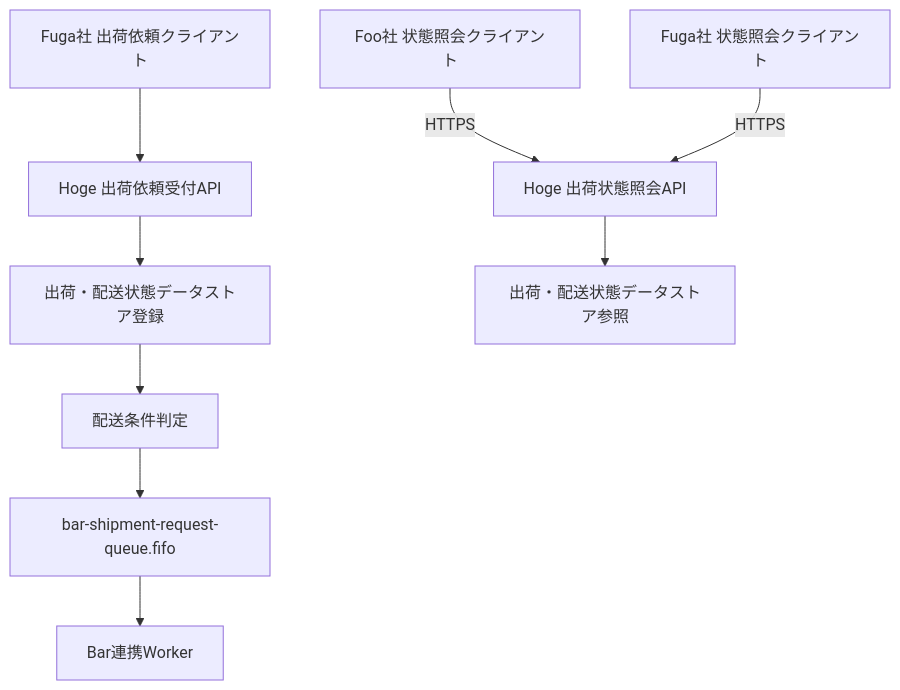
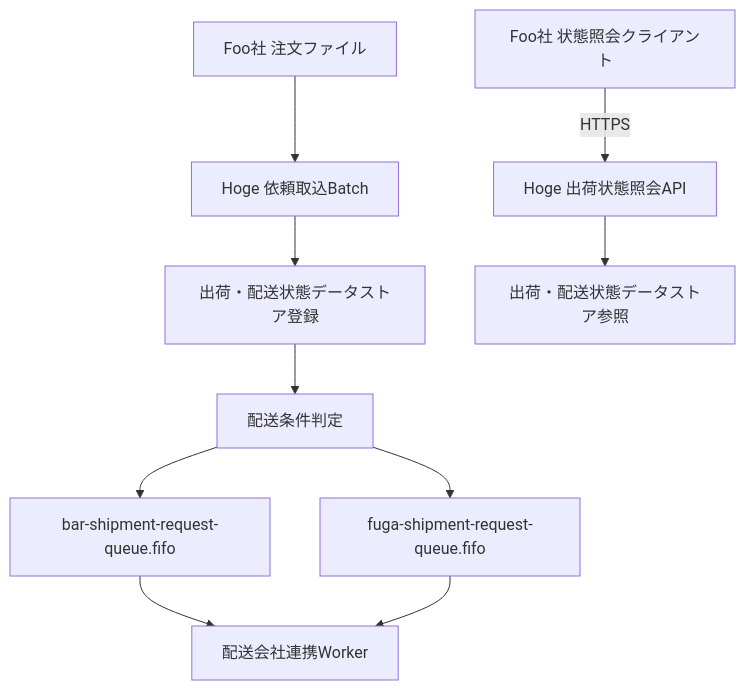
The third of 3 diagrams in docs/共通資料/システム間連携図.md (CalorieMateEater/training-project-logistics-company), drawn with Mermaid before and after one commit. The commit also changed other lines of this file and 235 other files, not shown here.

````diff
--- a/docs/共通資料/システム間連携図.md
+++ b/docs/共通資料/システム間連携図.md
@@ -210,11 +210,12 @@
 ```mermaid
 flowchart TD
-    A1["Fuga社 出荷依頼クライアント"] --> A2["Hoge 出荷依頼受付API"]
+    A1["Foo社 注文ファイル"] --> A2["Hoge 依頼取込Batch"]
     A2 --> A3["出荷・配送状態データストア登録"]
     A3 --> A4["配送条件判定"]
     A4 --> A5["bar-shipment-request-queue.fifo"]
-    A5 --> A6["Bar連携Worker"]
+    A4 --> A6["fuga-shipment-request-queue.fifo"]
+    A5 --> A7["配送会社連携Worker"]
+    A6 --> A7
     B1["Foo社 状態照会クライアント"] -->|HTTPS| B2["Hoge 出荷状態照会API"]
-    C1["Fuga社 状態照会クライアント"] -->|HTTPS| B2
     B2 --> B3["出荷・配送状態データストア参照"]
 ```
````
